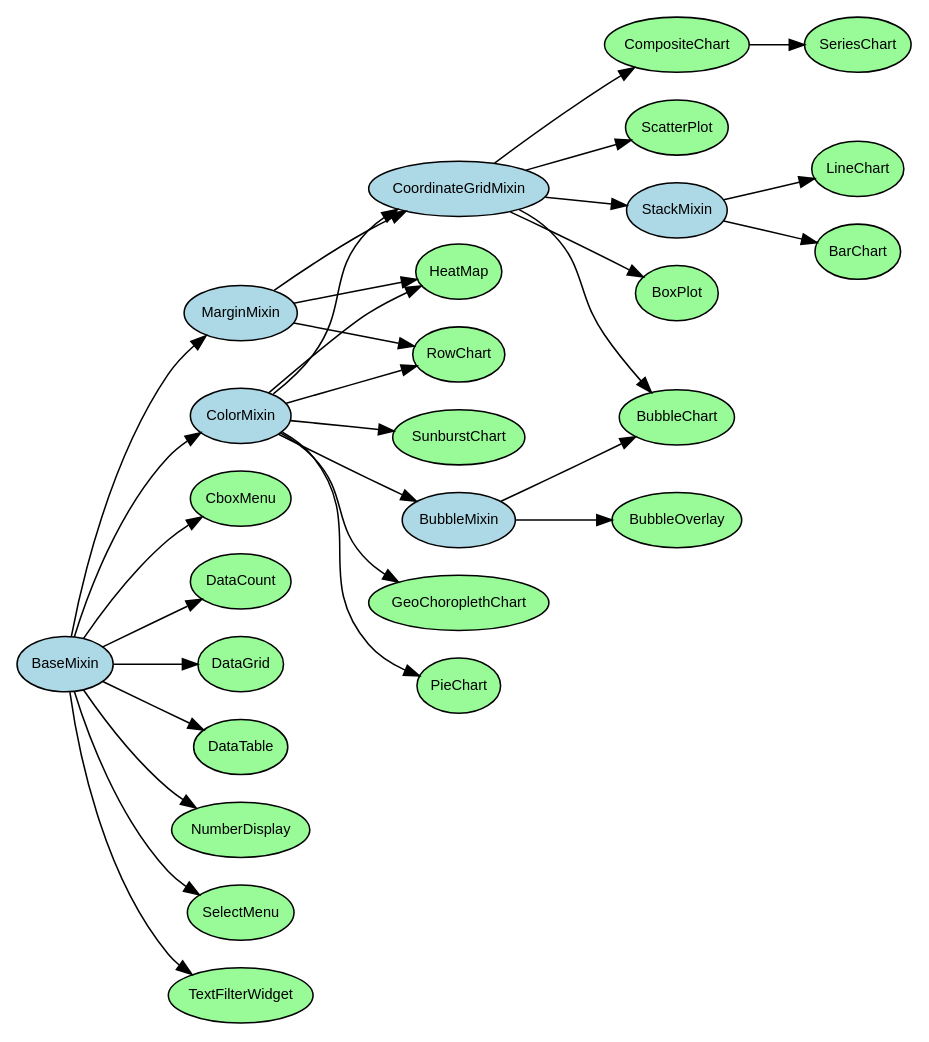
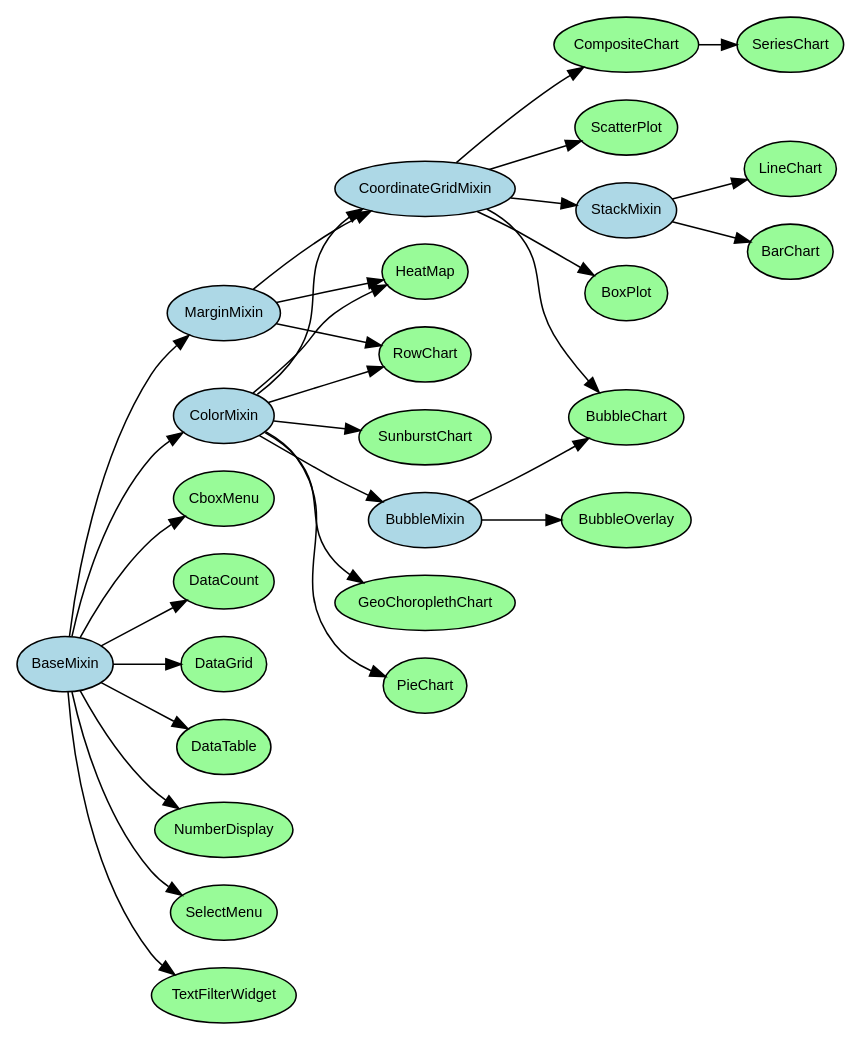
The diagram in class-hierarchy.dot (dc-js/dc.js), drawn with Graphviz before and after one commit.

Commit message:
Reduce width of Class Hierarchy diagram

```diff
--- a/class-hierarchy.dot
+++ b/class-hierarchy.dot
@@ -1,64 +1,64 @@
 digraph dcHierarchy {
-graph [rankdir=LR, ranksep=0.5]
+graph [rankdir=LR, ranksep=0.35]
 node [fontname="sans-serif", fontsize=9.5, margin="0.05,0.05"]
 node [style=filled, fillcolor=palegreen]
 { node [style=filled, fillcolor=lightblue] BaseMixin ColorMixin MarginMixin BubbleMixin CoordinateGridMixin StackMixin }
 
 BaseMixin [href = "classes/basemixin.html"]
 BubbleMixin [href = "modules.html#bubblemixin"]
 ColorMixin [href = "modules.html#colormixin"]
 CoordinateGridMixin [href = "classes/coordinategridmixin.html"]
 MarginMixin [href = "classes/marginmixin.html"]
 StackMixin [href = "classes/stackmixin.html"]
 
 BarChart [href = "classes/barchart.html"]
 BoxPlot [href = "classes/boxplot.html"]
 BubbleChart [href = "classes/bubblechart.html"]
 BubbleOverlay [href = "classes/bubbleoverlay.html"]
 CboxMenu [href = "classes/cboxmenu.html"]
 CompositeChart [href = "classes/compositechart.html"]
 DataCount [href = "classes/datacount.html"]
 DataGrid [href = "classes/datagrid.html"]
 DataTable [href = "classes/datatable.html"]
 GeoChoroplethChart [href = "classes/geochoroplethchart.html"]
 HeatMap [href = "classes/heatmap.html"]
 LineChart [href = "classes/linechart.html"]
 NumberDisplay [href = "classes/numberdisplay.html"]
 PieChart [href = "classes/piechart.html"]
 RowChart [href = "classes/rowchart.html"]
 ScatterPlot [href = "classes/scatterplot.html"]
 SelectMenu [href = "classes/selectmenu.html"]
 SeriesChart [href = "classes/serieschart.html"]
 SunburstChart [href = "classes/sunburstchart.html"]
 TextFilterWidget [href = "classes/textfilterwidget.html"]
 
 ColorMixin -> CoordinateGridMixin
 MarginMixin -> CoordinateGridMixin
 CoordinateGridMixin -> StackMixin
 StackMixin -> BarChart
 CoordinateGridMixin -> BoxPlot
 CoordinateGridMixin -> BubbleChart
 BubbleMixin -> BubbleChart
 ColorMixin -> BubbleMixin
 BubbleMixin -> BubbleOverlay
 CoordinateGridMixin -> CompositeChart
 CompositeChart -> SeriesChart
 BaseMixin -> DataCount
 BaseMixin -> DataGrid
 BaseMixin -> DataTable
 BaseMixin -> ColorMixin
 ColorMixin -> GeoChoroplethChart
 BaseMixin -> MarginMixin
 MarginMixin -> HeatMap
 ColorMixin -> HeatMap
 StackMixin -> LineChart
 BaseMixin -> NumberDisplay
 ColorMixin -> PieChart
 MarginMixin -> RowChart
 ColorMixin -> RowChart
 CoordinateGridMixin -> ScatterPlot
 BaseMixin -> SelectMenu
 BaseMixin -> CboxMenu
 ColorMixin -> SunburstChart
 BaseMixin -> TextFilterWidget
 }
```
